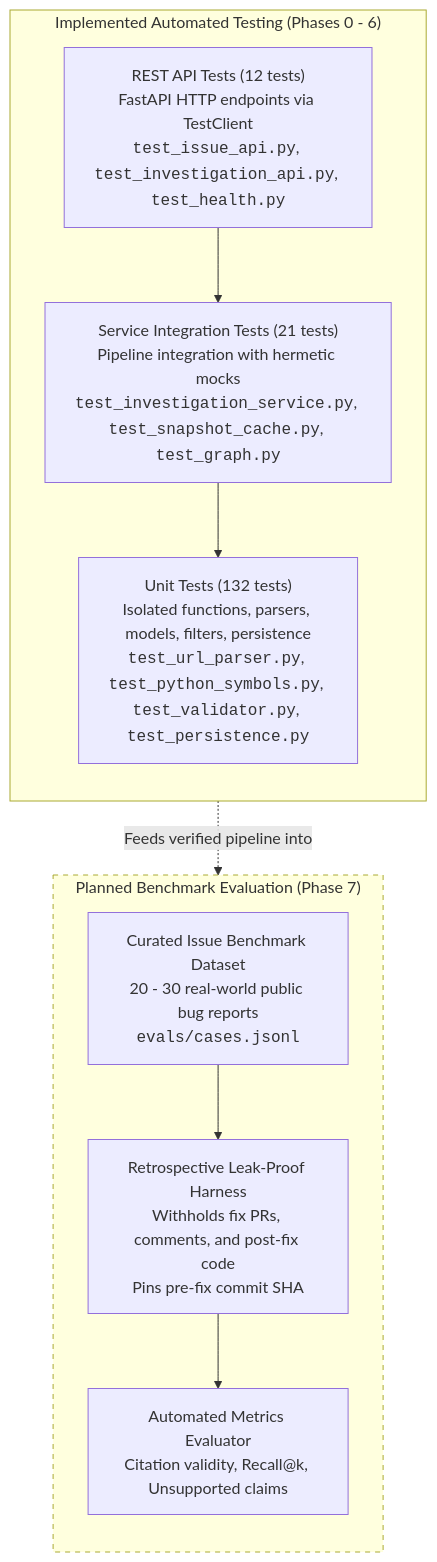
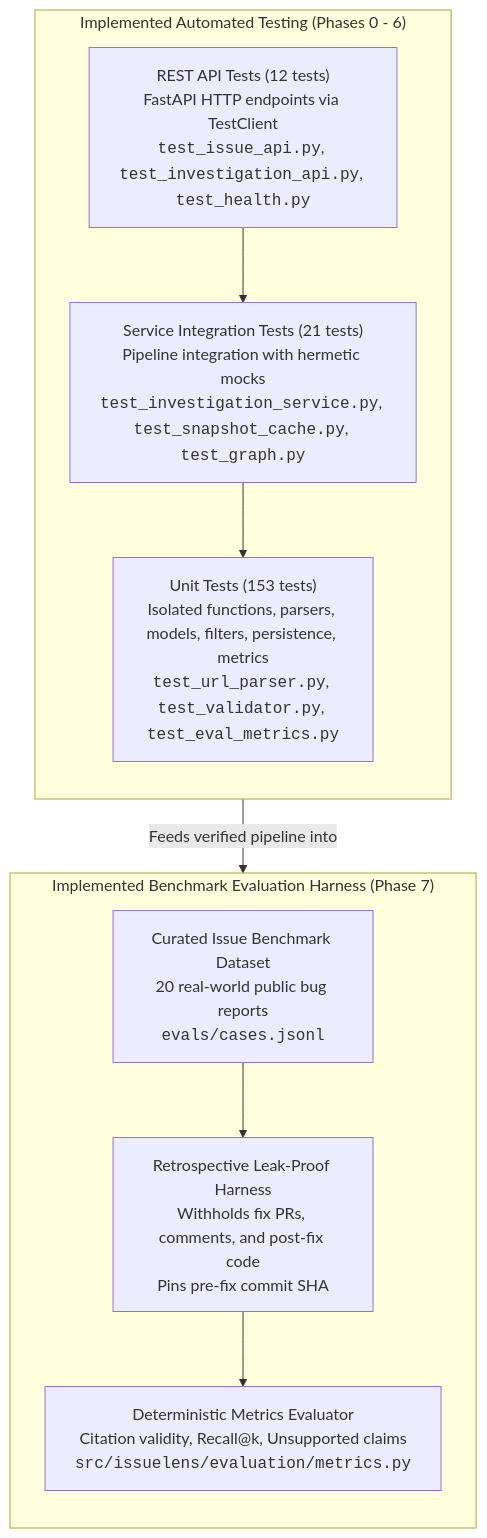
Before and after one commit to vishwaskotegar/Issuelens: the first of 2 diagrams in docs/architecture/testing-and-evaluation.md, drawn with Mermaid. The commit also changed other lines of this file and 4 other files, not shown here.

Commit message:
docs: update architecture, learning guide, and build log for Phase 7

````diff
--- a/docs/architecture/testing-and-evaluation.md
+++ b/docs/architecture/testing-and-evaluation.md
@@ -11,24 +11,22 @@
 ```mermaid
 flowchart TD
     subgraph ImplementedPyramid["Implemented Automated Testing (Phases 0 - 6)"]
         direction TB
-        UnitTests["Unit Tests (132 tests)<br/>Isolated functions, parsers, models, filters, persistence<br/><code>test_url_parser.py</code>, <code>test_python_symbols.py</code>, <code>test_validator.py</code>, <code>test_persistence.py</code>"]
+        UnitTests["Unit Tests (153 tests)<br/>Isolated functions, parsers, models, filters, persistence, metrics<br/><code>test_url_parser.py</code>, <code>test_validator.py</code>, <code>test_eval_metrics.py</code>"]
         IntegrationTests["Service Integration Tests (21 tests)<br/>Pipeline integration with hermetic mocks<br/><code>test_investigation_service.py</code>, <code>test_snapshot_cache.py</code>, <code>test_graph.py</code>"]
         APITests["REST API Tests (12 tests)<br/>FastAPI HTTP endpoints via TestClient<br/><code>test_issue_api.py</code>, <code>test_investigation_api.py</code>, <code>test_health.py</code>"]
         APITests --> IntegrationTests
         IntegrationTests --> UnitTests
     end
 
-    subgraph PlannedEvaluation["Planned Benchmark Evaluation (Phase 7)"]
+    subgraph ImplementedEvaluation["Implemented Benchmark Evaluation Harness (Phase 7)"]
         direction TB
-        DatasetCurated["Curated Issue Benchmark Dataset<br/>20 - 30 real-world public bug reports<br/><code>evals/cases.jsonl</code>"]
+        DatasetCurated["Curated Issue Benchmark Dataset<br/>20 real-world public bug reports<br/><code>evals/cases.jsonl</code>"]
         LeakPrevention["Retrospective Leak-Proof Harness<br/>Withholds fix PRs, comments, and post-fix code<br/>Pins pre-fix commit SHA"]
-        MetricsEngine["Automated Metrics Evaluator<br/>Citation validity, Recall@k, Unsupported claims"]
+        MetricsEngine["Deterministic Metrics Evaluator<br/>Citation validity, Recall@k, Unsupported claims<br/><code>src/issuelens/evaluation/metrics.py</code>"]
         DatasetCurated --> LeakPrevention
         LeakPrevention --> MetricsEngine
     end
 
-    ImplementedPyramid -.->|"Feeds verified pipeline into"| PlannedEvaluation
-
-    style PlannedEvaluation stroke-dasharray: 5 5
+    ImplementedPyramid -->|"Feeds verified pipeline into"| ImplementedEvaluation
 ```
````
